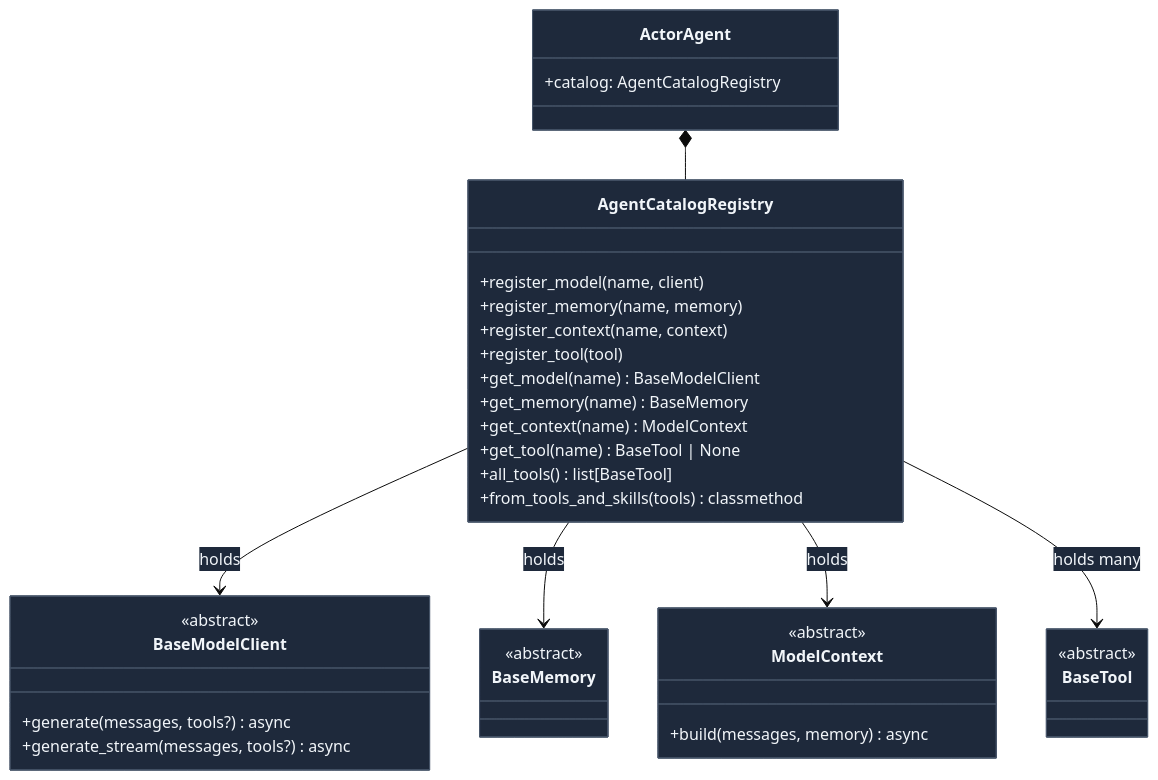
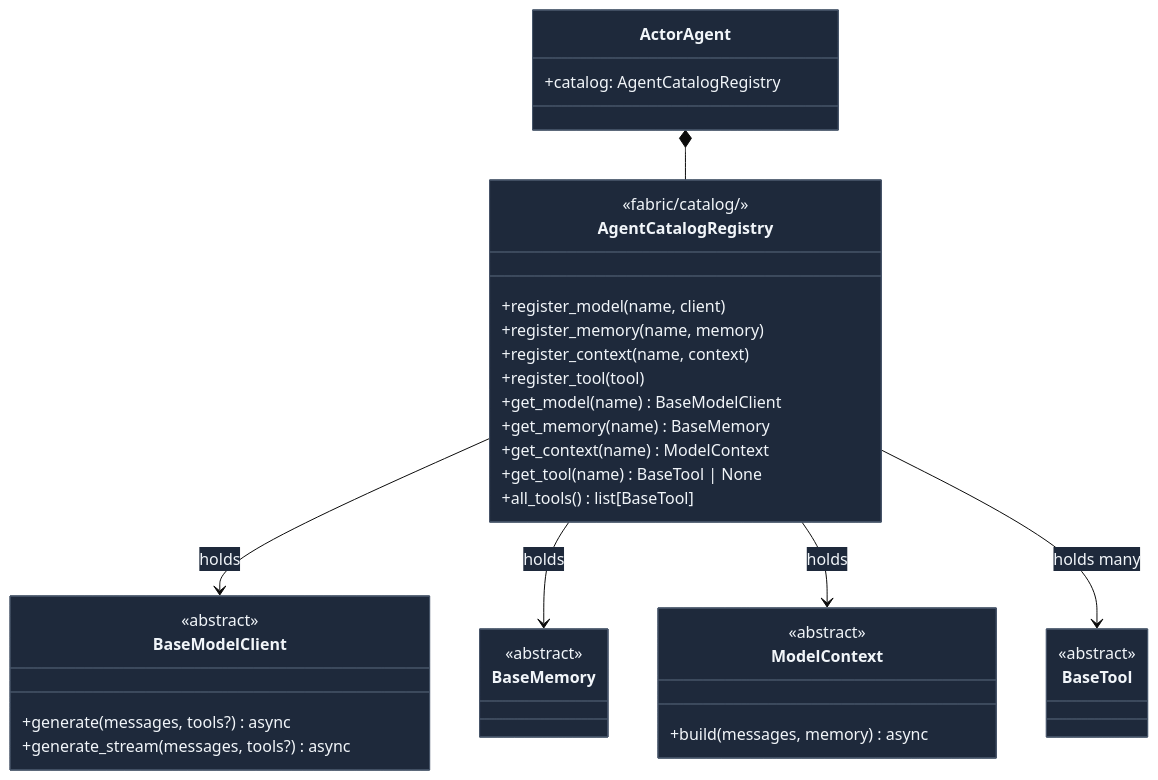
Diagram 15 of 18 in agents/agent-substrate/docs/framework/kernel.md (Ravikumarchavva/agent-substrate), drawn with Mermaid before and after one commit. The commit also changed other lines of this file and 195 other files, not shown here.

````diff
--- a/agents/agent-substrate/docs/framework/kernel.md
+++ b/agents/agent-substrate/docs/framework/kernel.md
@@ -707,45 +715,45 @@
 ```mermaid
 %%{init: {"theme": "base", "themeVariables": {"primaryColor": "#1e293b", "primaryTextColor": "#f1f5f9", "primaryBorderColor": "#475569"}}}%%
 classDiagram
     class AgentCatalogRegistry {
+        <<fabric/catalog/>>
         +register_model(name, client)
         +register_memory(name, memory)
         +register_context(name, context)
         +register_tool(tool)
         +get_model(name) BaseModelClient
         +get_memory(name) BaseMemory
         +get_context(name) ModelContext
         +get_tool(name) BaseTool | None
         +all_tools() list[BaseTool]
-        +from_tools_and_skills(tools) classmethod
     }
 
     class ActorAgent {
         +catalog: AgentCatalogRegistry
     }
 
     class BaseModelClient {
         <<abstract>>
         +generate(messages, tools?) async
         +generate_stream(messages, tools?) async
     }
 
     class BaseMemory {
         <<abstract>>
     }
 
     class ModelContext {
         <<abstract>>
         +build(messages, memory) async
     }
 
     class BaseTool {
         <<abstract>>
     }
 
     ActorAgent *-- AgentCatalogRegistry
     AgentCatalogRegistry --> BaseModelClient : holds
     AgentCatalogRegistry --> BaseMemory : holds
     AgentCatalogRegistry --> ModelContext : holds
     AgentCatalogRegistry --> BaseTool : holds many
 ```
````
